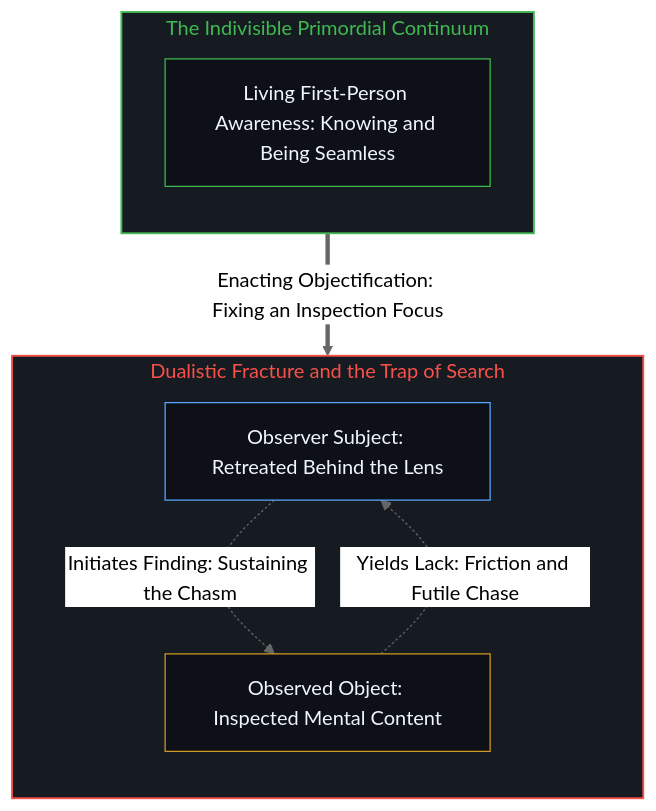
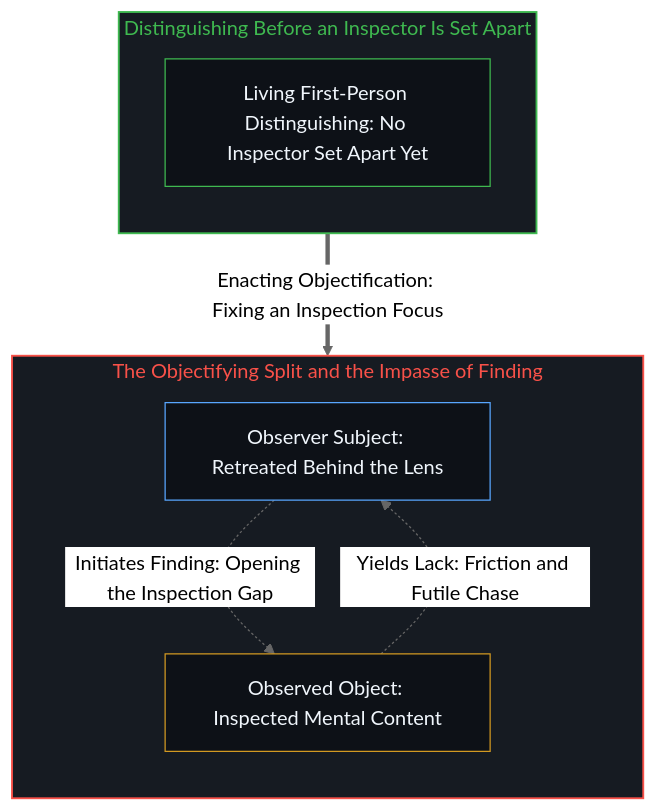
Before and after one commit to powerpig99/not-a-toe: the second of 6 diagrams in content/posts/the-grammar-of-finding-and-the-fading-observer.md, drawn with Mermaid (neutral theme). The commit also changed other lines of this file and 1 other file, not shown here.

Commit message:
Wave 2 L2 node 1 refinement: the-grammar-of-finding-and-the-fading-observer

````diff
--- a/content/posts/the-grammar-of-finding-and-the-fading-observer.md
+++ b/content/posts/the-grammar-of-finding-and-the-fading-observer.md
@@ -52,22 +52,22 @@
 ```mermaid
 graph TD
-    subgraph S_Unified ["The Indivisible Primordial Continuum"]
+    subgraph S_Unified ["Distinguishing Before an Inspector Is Set Apart"]
         direction TB
         style S_Unified fill:#161b22,stroke:#3fb950,stroke-width:1.5px,color:#3fb950
-        U1["Living First-Person Awareness: Knowing and Being Seamless"]
+        U1["Living First-Person Distinguishing: No Inspector Set Apart Yet"]
         style U1 fill:#0d1117,stroke:#3fb950,stroke-width:1px,color:#f0f6fc
     end
 
     U1 ==>|"Enacting Objectification: Fixing an Inspection Focus"| O1
 
-    subgraph S_Split ["Dualistic Fracture and the Trap of Search"]
+    subgraph S_Split ["The Objectifying Split and the Impasse of Finding"]
         direction TB
         style S_Split fill:#161b22,stroke:#f85149,stroke-width:1.5px,color:#f85149
         O1["Observer Subject: Retreated Behind the Lens"]
         O2["Observed Object: Inspected Mental Content"]
-        O1 -.->|"Initiates Finding: Sustaining the Chasm"| O2
+        O1 -.->|"Initiates Finding: Opening the Inspection Gap"| O2
         O2 -.->|"Yields Lack: Friction and Futile Chase"| O1
         style O1 fill:#0d1117,stroke:#58a6ff,stroke-width:1px,color:#f0f6fc
         style O2 fill:#0d1117,stroke:#d29922,stroke-width:1px,color:#f0f6fc
     end
 ```
````
